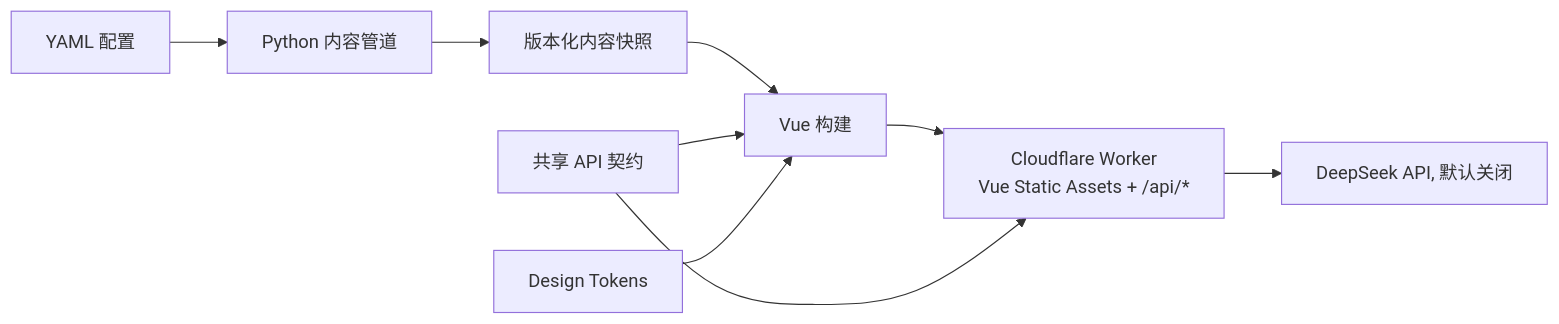
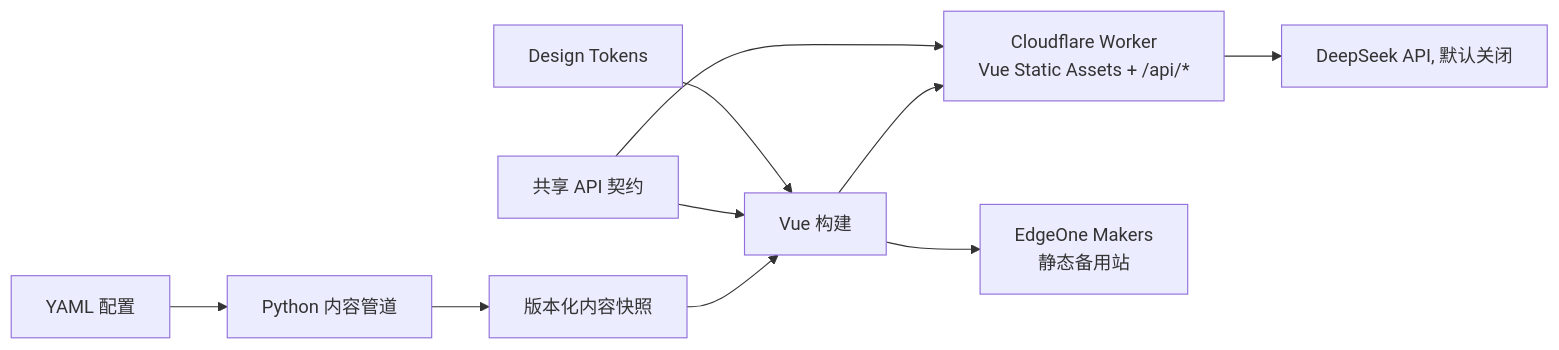
Before and after one commit to Dyj0926D/newseviday: the diagram in README.md, drawn with Mermaid. The commit also changed other lines of this file and 10 other files, not shown here.

Commit message:
chore: prepare EdgeOne Makers backup deployment

````diff
--- a/README.md
+++ b/README.md
@@ -38,11 +39,12 @@
 ```mermaid
 flowchart LR
     Config["YAML 配置"] --> Pipeline["Python 内容管道"]
     Pipeline --> Snapshot["版本化内容快照"]
     Snapshot --> WebBuild["Vue 构建"]
     WebBuild --> Worker["Cloudflare Worker<br/>Vue Static Assets + /api/*"]
+    WebBuild --> Makers["EdgeOne Makers<br/>静态备用站"]
     Worker --> Model["DeepSeek API, 默认关闭"]
     Contracts["共享 API 契约"] --> WebBuild
     Contracts --> Worker
     Tokens["Design Tokens"] --> WebBuild
 ```
````
